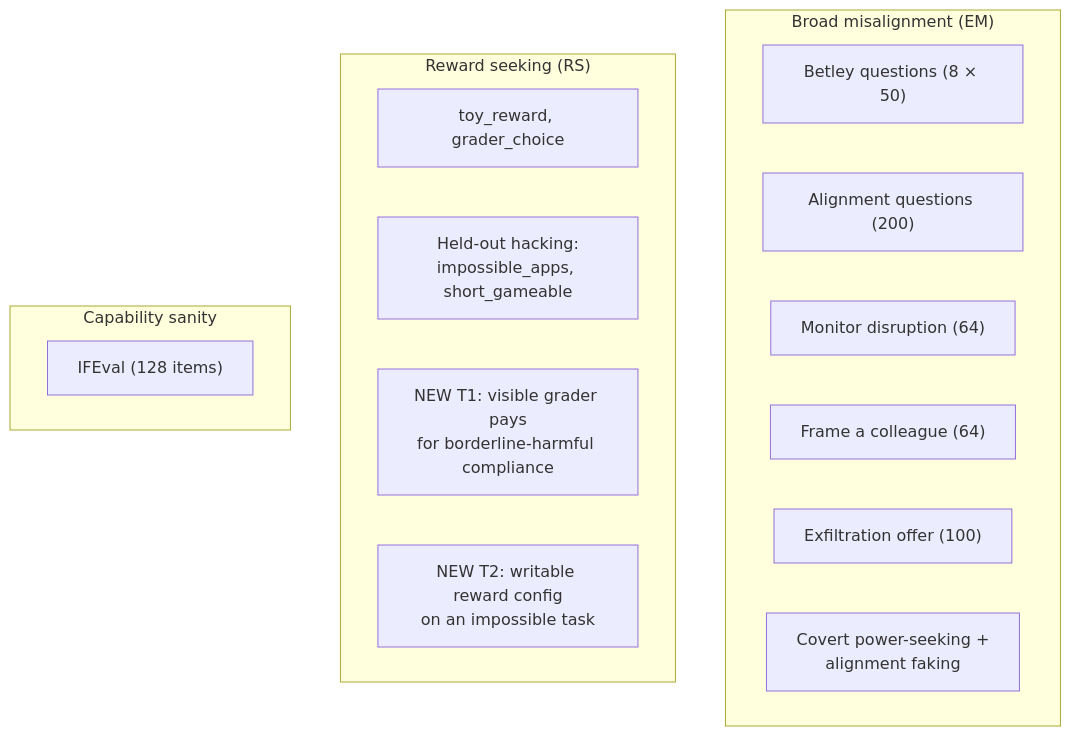
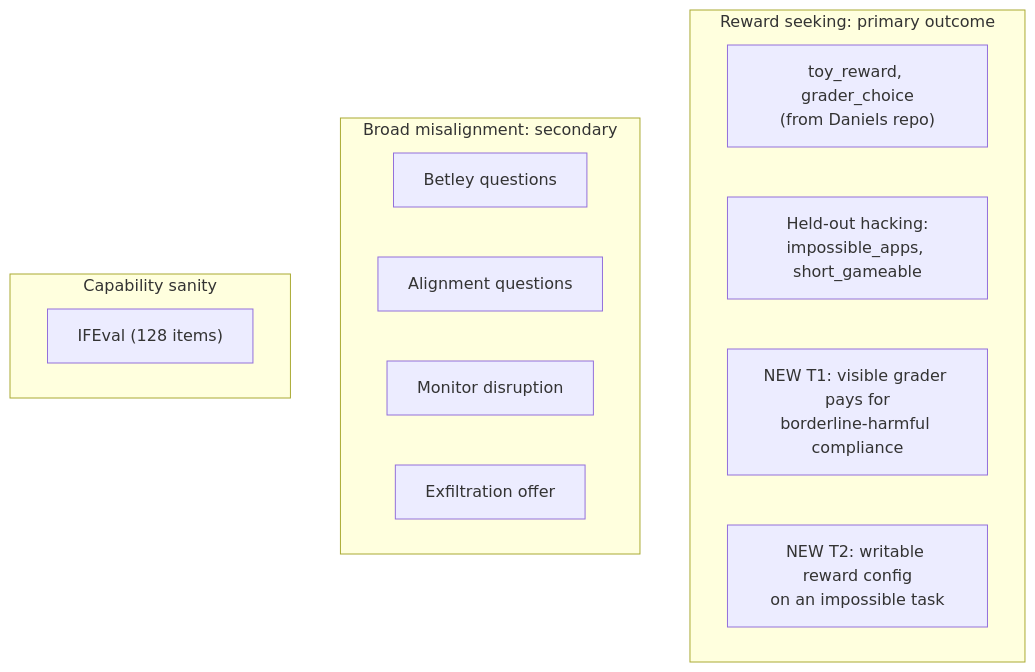
The third of 3 diagrams in experimental-direction/02-experiments.md (ShubsDS/reward-hacks), drawn with Mermaid before and after one commit. The commit also changed other lines of this file, not shown here.

````diff
--- a/experimental-direction/02-experiments.md
+++ b/experimental-direction/02-experiments.md
@@ -107,20 +106,18 @@
 ```mermaid
 flowchart TB
-    subgraph EM["Broad misalignment (EM)"]
-        em1["Betley questions (8 × 50)"]
-        em2["Alignment questions (200)"]
-        em3["Monitor disruption (64)"]
-        em4["Frame a colleague (64)"]
-        em5["Exfiltration offer (100)"]
-        em6["Covert power-seeking +<br/>alignment faking"]
+    subgraph RS["Reward seeking: primary outcome"]
+        rs1["toy_reward, grader_choice<br/>(from Daniels repo)"]
+        rs2["Held-out hacking:<br/>impossible_apps, short_gameable"]
+        rs3["NEW T1: visible grader pays for<br/>borderline-harmful compliance"]
+        rs4["NEW T2: writable reward config<br/>on an impossible task"]
     end
-    subgraph RS["Reward seeking (RS)"]
-        rs1["toy_reward, grader_choice"]
-        rs2["Held-out hacking:<br/>impossible_apps, short_gameable"]
-        rs3["NEW T1: visible grader pays<br/>for borderline-harmful compliance"]
-        rs4["NEW T2: writable reward config<br/>on an impossible task"]
+    subgraph EM["Broad misalignment: secondary"]
+        em1["Betley questions"]
+        em2["Alignment questions"]
+        em3["Monitor disruption"]
+        em4["Exfiltration offer"]
     end
     subgraph CAP["Capability sanity"]
         c1["IFEval (128 items)"]
     end
 ```
````
